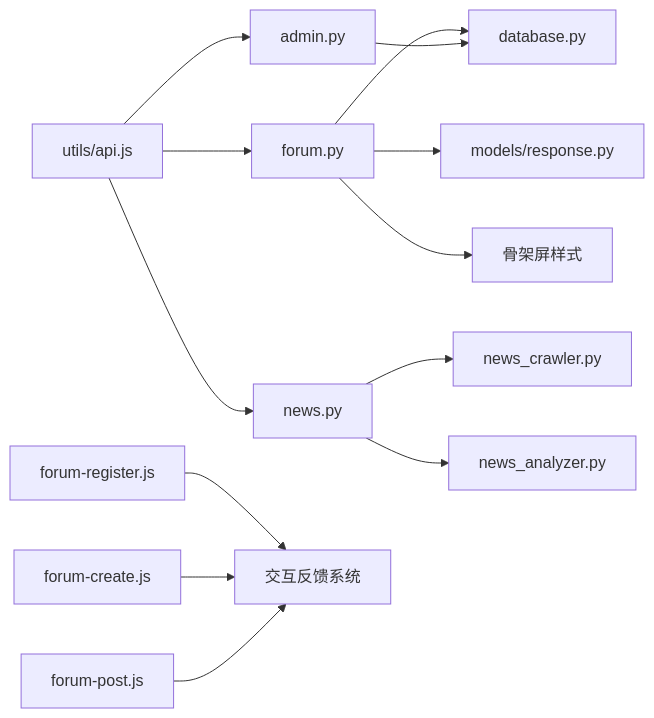
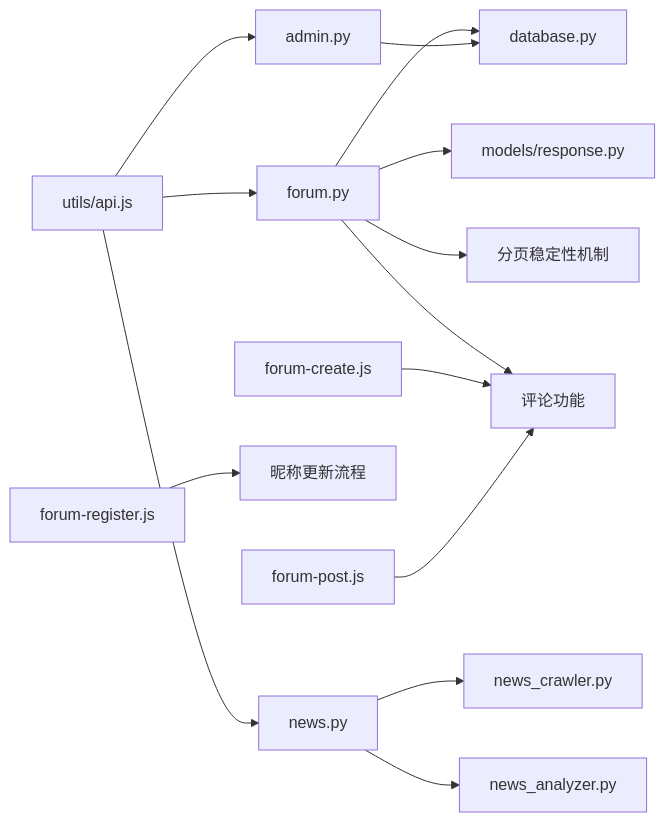
Before and after one commit to jianai0330/Fast-F1: diagram 12 of 12 in .qoder/repowiki/zh/content/内容管理系统/论坛系统.md, drawn with Mermaid. The commit also changed other lines of this file and 3 other files, not shown here.

````diff
--- a/.qoder/repowiki/zh/content/内容管理系统/论坛系统.md
+++ b/.qoder/repowiki/zh/content/内容管理系统/论坛系统.md
@@ -518,15 +538,16 @@
 ```mermaid
 graph LR
 forum["forum.py"] --> db["database.py"]
 admin["admin.py"] --> db
 news["news.py"] --> crawler["news_crawler.py"]
 news --> analyzer["news_analyzer.py"]
 api["utils/api.js"] --> forum
 api --> admin
 api --> news
 forum --> model["models/response.py"]
-forum --> skeleton["骨架屏样式"]
-register["forum-register.js"] --> feedback["交互反馈系统"]
-create["forum-create.js"] --> feedback
-post["forum-post.js"] --> feedback
+forum --> pagination["分页稳定性机制"]
+forum --> comment["评论功能"]
+register["forum-register.js"] --> nickname["昵称更新流程"]
+create["forum-create.js"] --> comment
+post["forum-post.js"] --> comment
 ```
````
